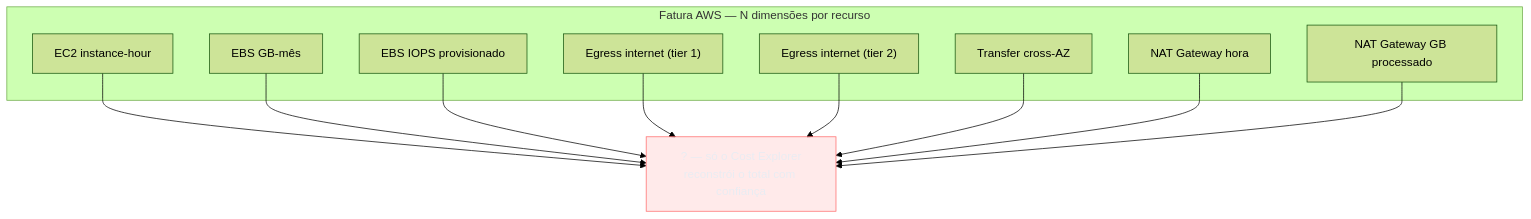
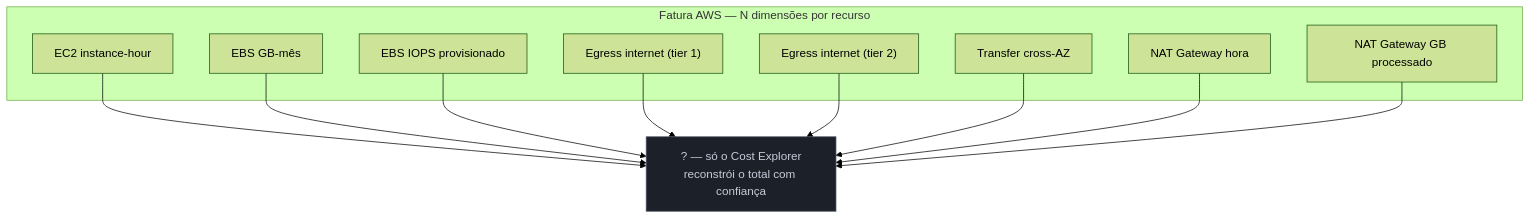
One commit to josenaldo/codex-technomanticus changed the second of 4 diagrams in 03-Dominios/Tecnologia/Cloud/22 - DigitalOcean a fundo/03 - Pricing previsível como diferencial.md. Above: the diagram before and after it, drawn with Mermaid (forest theme). The commit also changed other lines of this file and 601 other files, not shown here.

````diff
--- a/03-Dominios/Tecnologia/Cloud/22 - DigitalOcean a fundo/03 - Pricing previsível como diferencial.md
+++ b/03-Dominios/Tecnologia/Cloud/22 - DigitalOcean a fundo/03 - Pricing previsível como diferencial.md
@@ -68,17 +68,17 @@
 ```mermaid
 flowchart TD
-    classDef falha fill:#FF6B6B24,stroke:#FF6B6B,color:#E9ECF2
+    classDef neutro fill:#1B2029,stroke:#4E5666,color:#C6CCD8
     subgraph AWS["Fatura AWS — N dimensões por recurso"]
         E1["EC2 instance-hour"]
         E2["EBS GB-mês"]
         E3["EBS IOPS provisionado"]
         E4["Egress internet (tier 1)"]
         E5["Egress internet (tier 2)"]
         E6["Transfer cross-AZ"]
         E7["NAT Gateway hora"]
         E8["NAT Gateway GB processado"]
     end
     E1 & E2 & E3 & E4 & E5 & E6 & E7 & E8 --> Q["? — só o Cost Explorer<br/>reconstrói o total com confiança"]
 
-    class Q falha
+    class Q neutro
 ```
````
